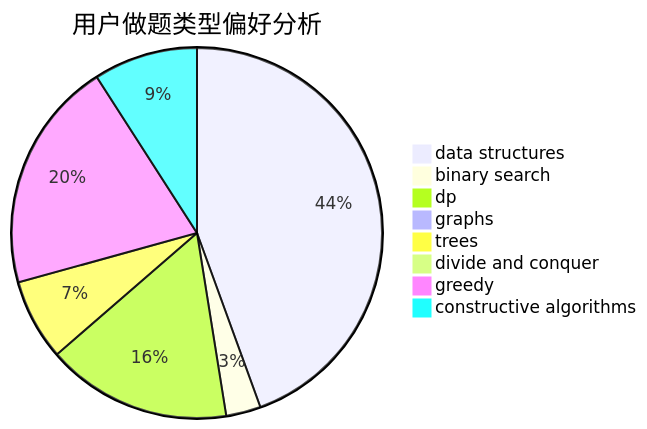
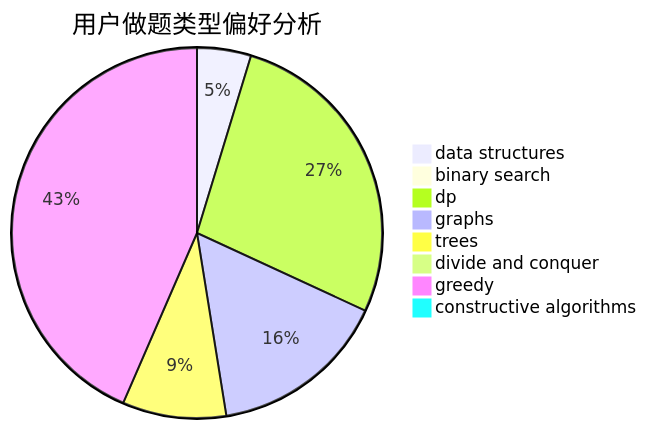
Before and after one commit to sherpahu/cfrs.github.io: the second of 3 diagrams in docs/user/u314.md, drawn with Mermaid. The commit also changed other lines of this file and 2770 other files, not shown here.

````diff
--- a/docs/user/u314.md
+++ b/docs/user/u314.md
@@ -23,11 +23,11 @@
 ```mermaid
 pie title 用户做题类型偏好分析
-    "data structures" :  44
-    "binary search" :  3
-    "dp" :  16
-    "graphs" :  0
-    "trees" :  7
+    "data structures" :  13
+    "binary search" :  0
+    "dp" :  75
+    "graphs" :  43
+    "trees" :  25
     "divide and conquer" :  0
-    "greedy" :  20
-    "constructive algorithms" :  9
+    "greedy" :  120
+    "constructive algorithms" :  1
 ```
````
